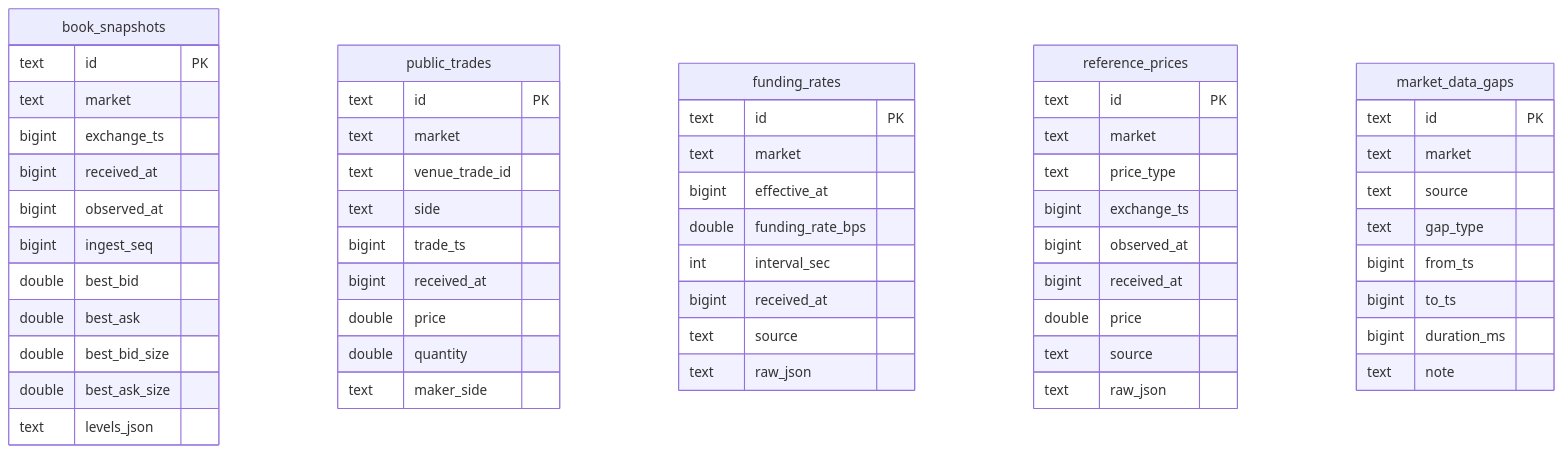
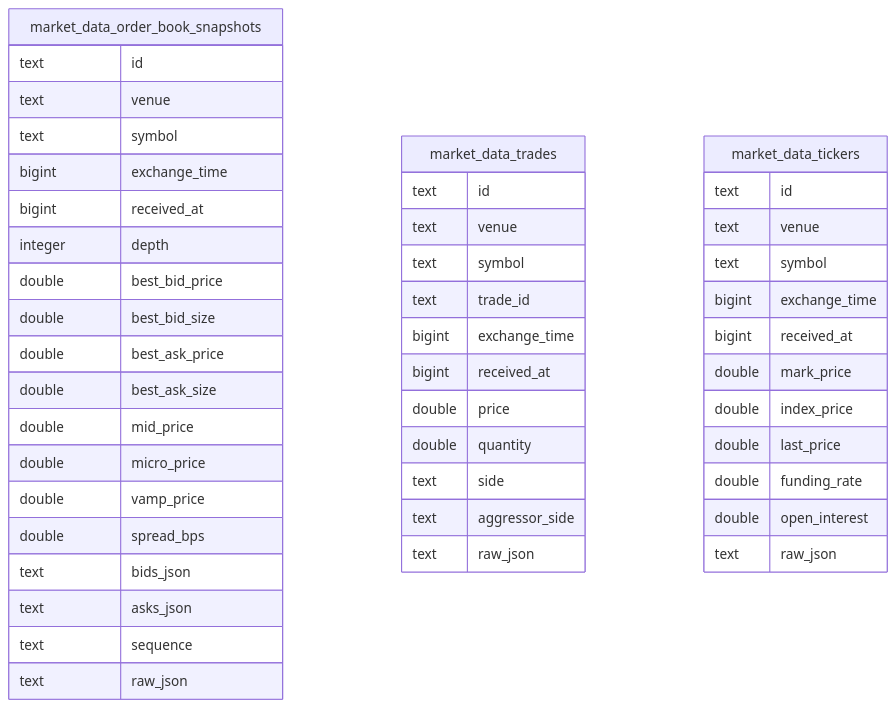
One commit to posaune0423/simple-mm-bot changed the first of 2 diagrams in docs/DATABASE.md. Above: the diagram before and after it, drawn with Mermaid. The commit also changed other lines of this file and 81 other files, not shown here.

Commit message:
feat: add Timescale market data recorder

````diff
--- a/docs/DATABASE.md
+++ b/docs/DATABASE.md
@@ -45,62 +290,51 @@
 ```mermaid
 erDiagram
-    book_snapshots {
-        text id PK
-        text market
-        bigint exchange_ts
-        bigint received_at
-        bigint observed_at
-        bigint ingest_seq
-        double best_bid
-        double best_ask
-        double best_bid_size
-        double best_ask_size
-        text levels_json
-    }
+  market_data_order_book_snapshots {
+    text id
+    text venue
+    text symbol
+    bigint exchange_time
+    bigint received_at
+    integer depth
+    double best_bid_price
+    double best_bid_size
+    double best_ask_price
+    double best_ask_size
+    double mid_price
+    double micro_price
+    double vamp_price
+    double spread_bps
+    text bids_json
+    text asks_json
+    text sequence
+    text raw_json
+  }
 
-    public_trades {
-        text id PK
-        text market
-        text venue_trade_id
-        text side
-        bigint trade_ts
-        bigint received_at
-        double price
-        double quantity
-        text maker_side
-    }
+  market_data_trades {
+    text id
+    text venue
+    text symbol
+    text trade_id
+    bigint exchange_time
+    bigint received_at
+    double price
+    double quantity
+    text side
+    text aggressor_side
+    text raw_json
+  }
 
-    funding_rates {
-        text id PK
-        text market
-        bigint effective_at
-        double funding_rate_bps
-        int interval_sec
-        bigint received_at
-        text source
-        text raw_json
-    }
-
-    reference_prices {
-        text id PK
-        text market
-        text price_type
-        bigint exchange_ts
-        bigint observed_at
-        bigint received_at
-        double price
-        text source
-        text raw_json
-    }
-
-    market_data_gaps {
-        text id PK
-        text market
-        text source
-        text gap_type
-        bigint from_ts
-        bigint to_ts
-        bigint duration_ms
-        text note
-    }
+  market_data_tickers {
+    text id
+    text venue
+    text symbol
+    bigint exchange_time
+    bigint received_at
+    double mark_price
+    double index_price
+    double last_price
+    double funding_rate
+    double open_interest
+    text raw_json
+  }
 ```
````
